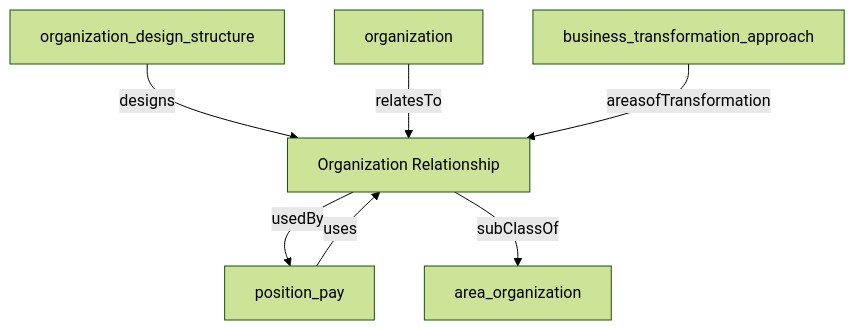
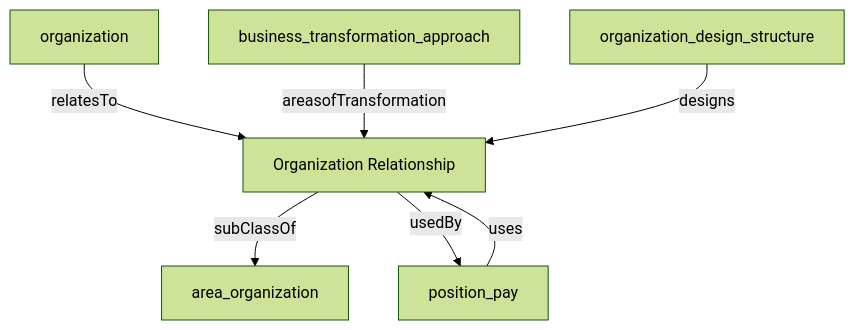
One commit to heidingaway/heidi2 changed the diagram in content/hr_data_model/organization_relationship.md. Above: the diagram before and after it, drawn with Mermaid (forest theme). The commit also changed other lines of this file and 350 other files, not shown here.

````diff
--- a/content/hr_data_model/organization_relationship.md
+++ b/content/hr_data_model/organization_relationship.md
@@ -25,15 +26,15 @@
 ```mermaid
 graph TD
   Organization_Relationship["Organization Relationship"]:::current-page-node
   area_organization["area_organization"]
   position_pay["position_pay"]
   business_transformation_approach["business_transformation_approach"]
   organization_design_structure["organization_design_structure"]
   organization["organization"]
-  organization_design_structure-->|" designs "|Organization_Relationship
+  position_pay-->|" uses "|Organization_Relationship
+  Organization_Relationship-->|" subClassOf "|area_organization
   organization-->|" relatesTo "|Organization_Relationship
   Organization_Relationship-->|" usedBy "|position_pay
   business_transformation_approach-->|" areasofTransformation "|Organization_Relationship
-  Organization_Relationship-->|" subClassOf "|area_organization
-  position_pay-->|" uses "|Organization_Relationship
+  organization_design_structure-->|" designs "|Organization_Relationship
 ```
````
